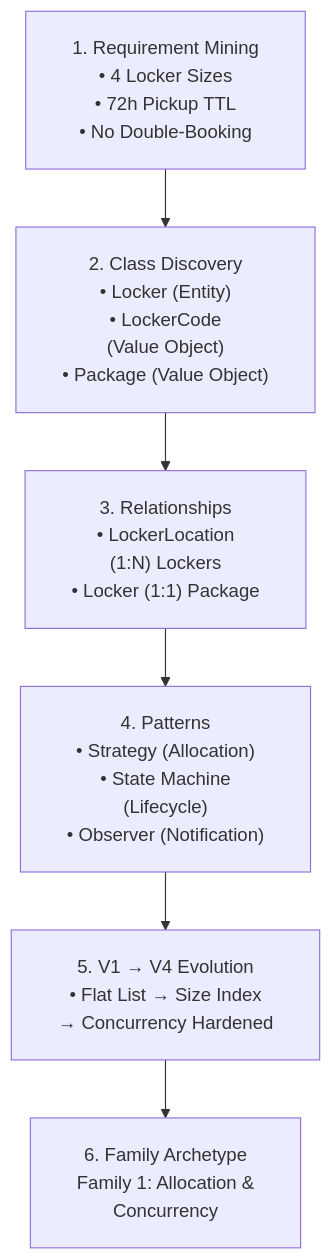
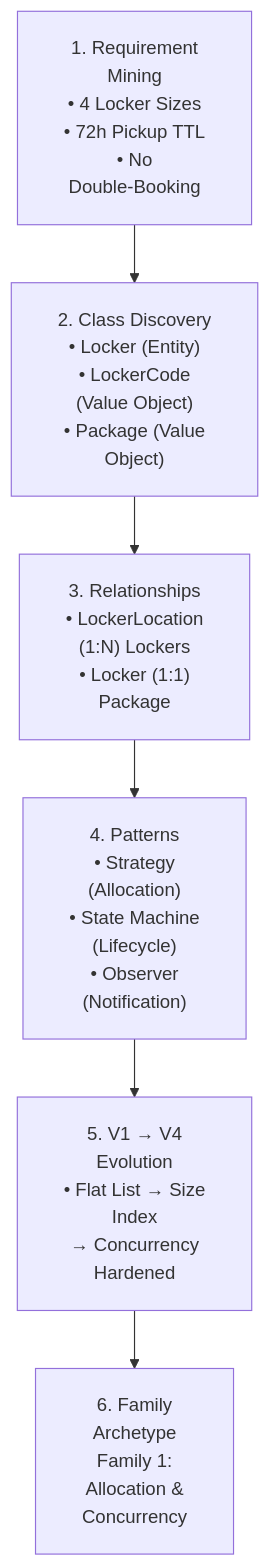
The first of 2 diagrams in LLD/02_Tier2_Classic_LLD/19_Amazon_Locker_System.md (dip4k/DSA_102), drawn with Mermaid before and after one commit. The commit also changed 106 other files, not shown here.

First line of the commit message:
fix(mermaid): prevent text clipping with foreignObject overflow and tighter line wrapping

````diff
--- a/LLD/02_Tier2_Classic_LLD/19_Amazon_Locker_System.md
+++ b/LLD/02_Tier2_Classic_LLD/19_Amazon_Locker_System.md
@@ -14,9 +14,9 @@
 ```mermaid
-%%{init: {"flowchart": {"htmlLabels": true, "padding": 20}}}%%
+%%{init: {"flowchart": {"htmlLabels": true, "padding": 20}, "themeCSS": "foreignObject { overflow: visible !important; }"}}%%
 flowchart TD
-    A["1. Requirement Mining<br/>• 4 Locker Sizes<br/>• 72h Pickup TTL<br/>• No Double-Booking"] --> B["2. Class Discovery<br/>• Locker (Entity)<br/>• LockerCode<br/>(Value Object)<br/>• Package (Value Object)"]
-    B --> C["3. Relationships<br/>• LockerLocation<br/>(1:N) Lockers<br/>• Locker (1:1) Package"]
-    C --> D["4. Patterns<br/>• Strategy (Allocation)<br/>• State Machine<br/>(Lifecycle)<br/>• Observer (Notification)"]
-    D --> E["5. V1 → V4 Evolution<br/>• Flat List → Size Index<br/>→ Concurrency Hardened"]
-    E --> F["6. Family Archetype<br/>Family 1: Allocation &<br/>Concurrency"]
+    A["1. Requirement<br/>Mining<br/>• 4 Locker Sizes<br/>• 72h Pickup TTL<br/>• No<br/>Double-Booking"] --> B["2. Class Discovery<br/>• Locker (Entity)<br/>• LockerCode<br/>(Value Object)<br/>• Package (Value<br/>Object)"]
+    B --> C["3. Relationships<br/>• LockerLocation<br/>(1:N) Lockers<br/>• Locker (1:1)<br/>Package"]
+    C --> D["4. Patterns<br/>• Strategy<br/>(Allocation)<br/>• State Machine<br/>(Lifecycle)<br/>• Observer<br/>(Notification)"]
+    D --> E["5. V1 → V4<br/>Evolution<br/>• Flat List → Size<br/>Index<br/>→ Concurrency<br/>Hardened"]
+    E --> F["6. Family<br/>Archetype<br/>Family 1:<br/>Allocation &<br/>Concurrency"]
 ```
````
